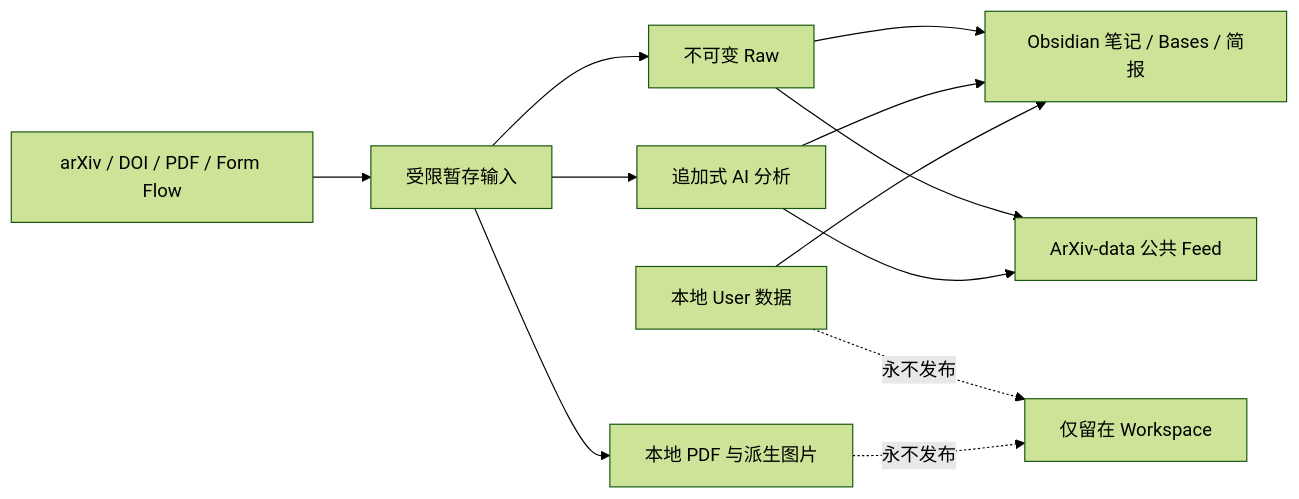
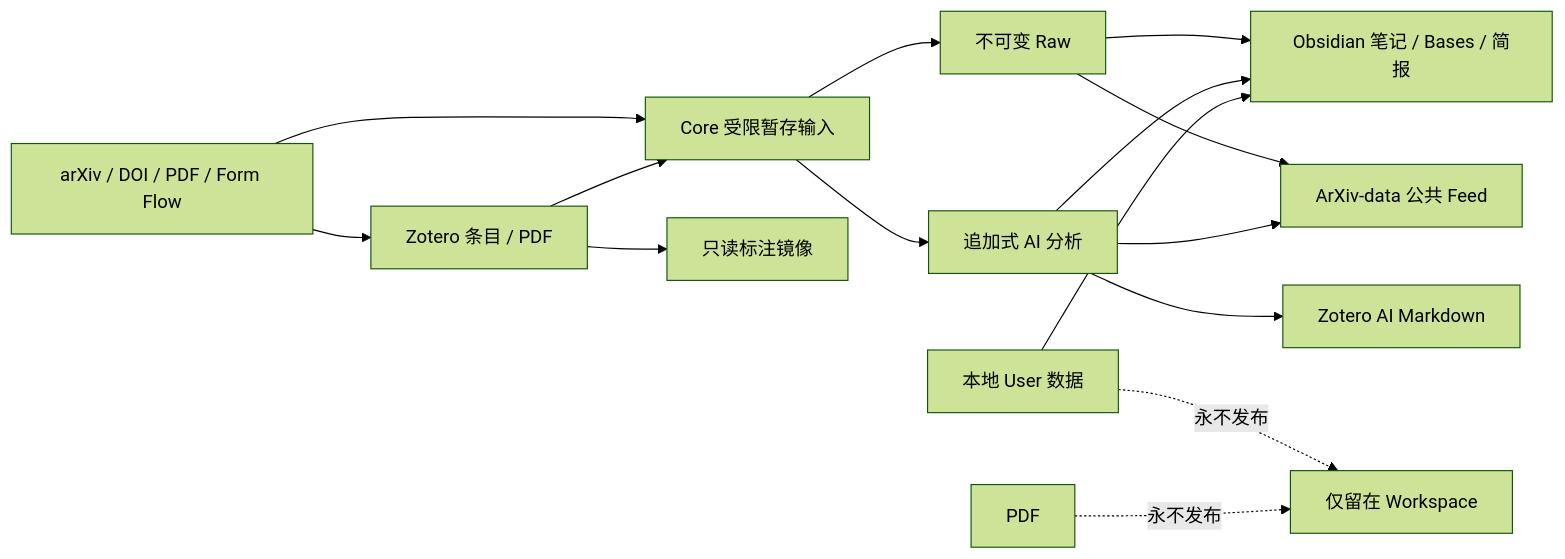
Before and after one commit to threeyang3/PaperRead: the diagram in docs/维护者与用户指南.md, drawn with Mermaid (forest theme). The commit also changed other lines of this file and 80 other files, not shown here.

````diff
--- a/docs/维护者与用户指南.md
+++ b/docs/维护者与用户指南.md
@@ -22,14 +24,17 @@
 ```mermaid
 flowchart LR
-    Input["arXiv / DOI / PDF / Form Flow"] --> Stage["受限暂存输入"]
+    Input["arXiv / DOI / PDF / Form Flow"] --> Zotero["Zotero 条目 / PDF"]
+    Input --> Stage["Core 受限暂存输入"]
+    Zotero --> Stage
     Stage --> Raw["不可变 Raw"]
-    Stage --> PDF["本地 PDF 与派生图片"]
     Stage --> AI["追加式 AI 分析"]
+    Zotero --> Mirror["只读标注镜像"]
     Raw --> Projection["Obsidian 笔记 / Bases / 简报"]
     AI --> Projection
+    AI --> ZoteroMD["Zotero AI Markdown"]
     User["本地 User 数据"] --> Projection
     Raw --> Feed["ArXiv-data 公共 Feed"]
     AI --> Feed
     User -.->|永不发布| Local["仅留在 Workspace"]
     PDF -.->|永不发布| Local
 ```
````
